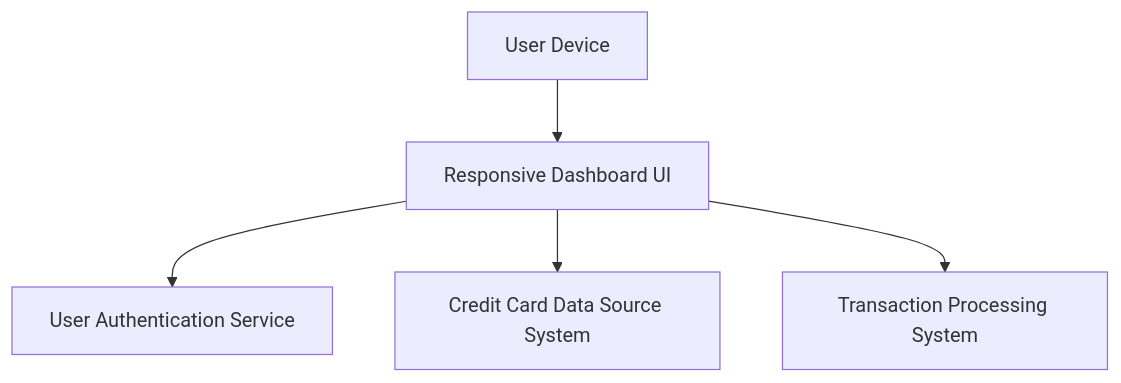
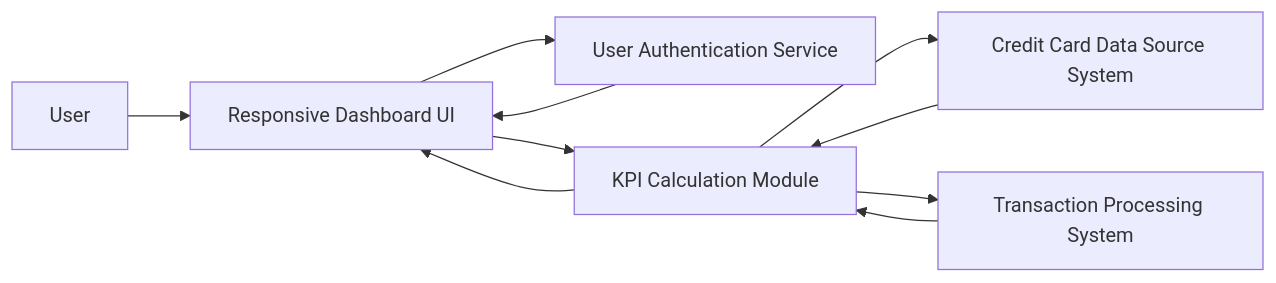
Before and after one commit to AAVA-Demo/APB_Demo: the diagram in HLD/QE-7710_HLD.md, drawn with Mermaid. The commit also changed other lines of this file and 5 other files, not shown here.

````diff
--- a/HLD/QE-7710_HLD.md
+++ b/HLD/QE-7710_HLD.md
@@ -7,12 +7,18 @@
 ```mermaid
-flowchart TD
-    A["User Device"]
+flowchart LR
+    A["User"]
     B["Responsive Dashboard UI"]
-    C["Credit Card Data Source System"]
-    D["Transaction Processing System"]
-    E["User Authentication Service"]
+    C["User Authentication Service"]
+    D["Credit Card Data Source System"]
+    E["Transaction Processing System"]
+    F["KPI Calculation Module"]
     A --> B
-    B --> E
     B --> C
-    B --> D
+    C --> B
+    B --> F
+    F --> D
+    F --> E
+    D --> F
+    E --> F
+    F --> B
 ```
````
